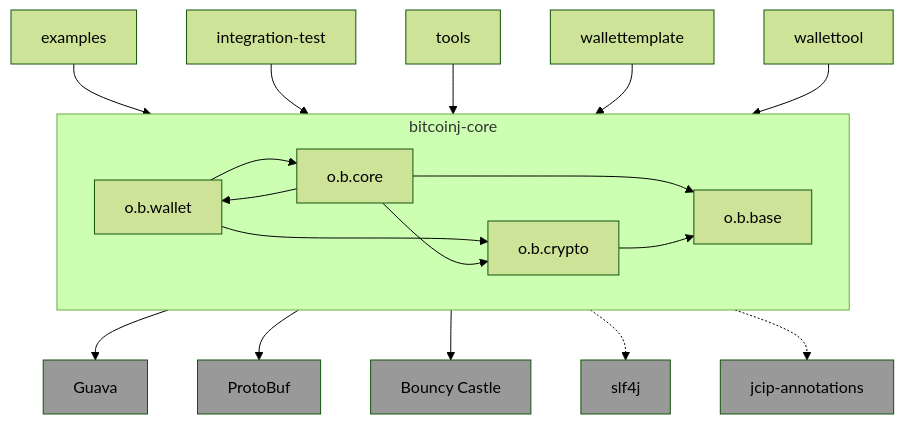
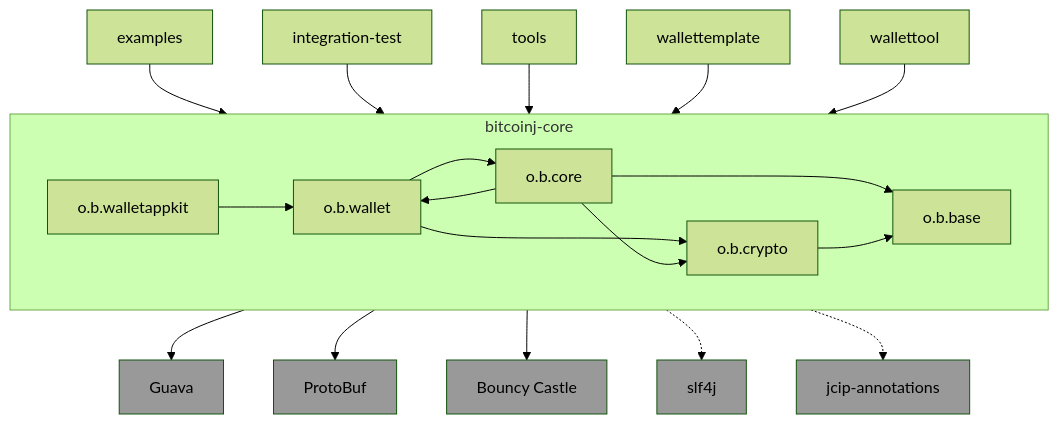
The second of 4 diagrams in designdocs/modular-architecture.md (bitcoinj/bitcoinj), drawn with Mermaid (forest theme) before and after one commit. The commit also changed other lines of this file, not shown here.

First line of the commit message:
modular-architecture.md: Update for WalletAppKit module

`````diff
--- a/designdocs/modular-architecture.md
+++ b/designdocs/modular-architecture.md
@@ -37,24 +40,25 @@
 ````mermaid
 flowchart TD
     E[examples] --> CORE
     IT[integration-test] --> CORE
     T[tools] --> CORE
     FX[wallettemplate] --> CORE
     WT[wallettool] --> CORE
     subgraph CORE [bitcoinj-core]
+        WAK[o.b.walletappkit] --> W
         W[o.b.wallet] --> CO[o.b.core]
         CO --> W
         W --> CR
         CO --> CR
         CO --> B[o.b.base]
         CR[o.b.crypto] --> B
     end
     CORE --> G[Guava]
     CORE --> P[ProtoBuf]
     CORE --> BC[Bouncy Castle]
     CORE .-> S[slf4j]
     CORE .-> A[jcip-annotations]
 
 classDef external fill:#999;
 class G,S,A,BC,P external;
 ````
`````
